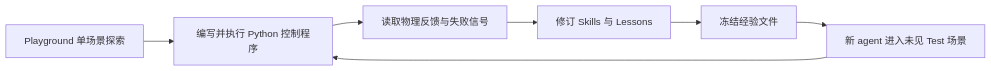
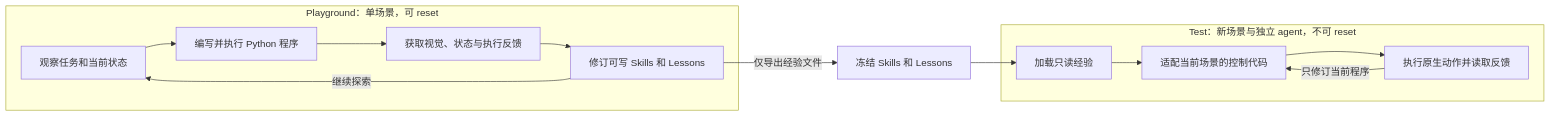
One commit to ImChong/Robotics_Notebooks changed the first of 2 diagrams in wiki/entities/paper-embodied-evo-coding-agent.md. Above: the diagram before and after it, drawn with Mermaid. The commit also changed other lines of this file, not shown here.

Commit message:
[2026-11-10] ingest | wiki/entities/paper-embodied-evo-coding-agent.md — 复核 EmbodiedEvo 原文及源码并完善知识节点

````diff
--- a/wiki/entities/paper-embodied-evo-coding-agent.md
+++ b/wiki/entities/paper-embodied-evo-coding-agent.md
@@ -64,9 +66,16 @@
 ```mermaid
 flowchart LR
-  P["Playground 单场景探索"] --> C["编写并执行 Python 控制程序"]
-  C --> F["读取物理反馈与失败信号"]
-  F --> S["修订 Skills 与 Lessons"]
-  S --> Z["冻结经验文件"]
-  Z --> T["新 agent 进入未见 Test 场景"]
-  T --> C
+  subgraph PG["Playground：单场景，可 reset"]
+    P["观察任务和当前状态"] --> C["编写并执行 Python 程序"]
+    C --> F["获取视觉、状态与执行反馈"]
+    F --> S["修订可写 Skills 和 Lessons"]
+    S -->|"继续探索"| P
+  end
+  S -->|"仅导出经验文件"| Z["冻结 Skills 和 Lessons"]
+  subgraph TEST["Test：新场景与独立 agent，不可 reset"]
+    T["加载只读经验"] --> R["适配当前场景的控制代码"]
+    R --> E["执行原生动作并读取反馈"]
+    E -->|"只修订当前程序"| R
+  end
+  Z --> T
 ```
````
